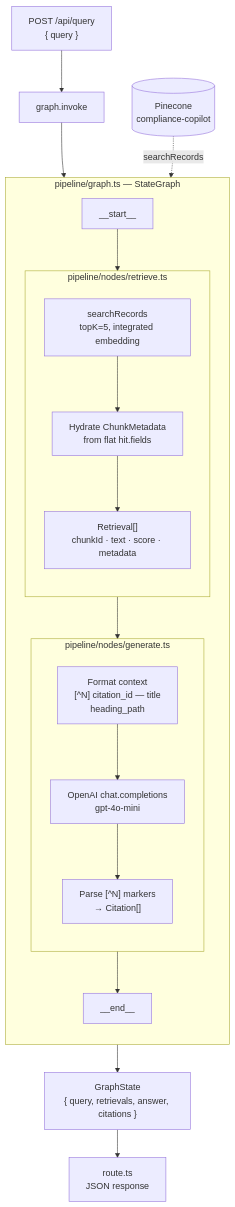
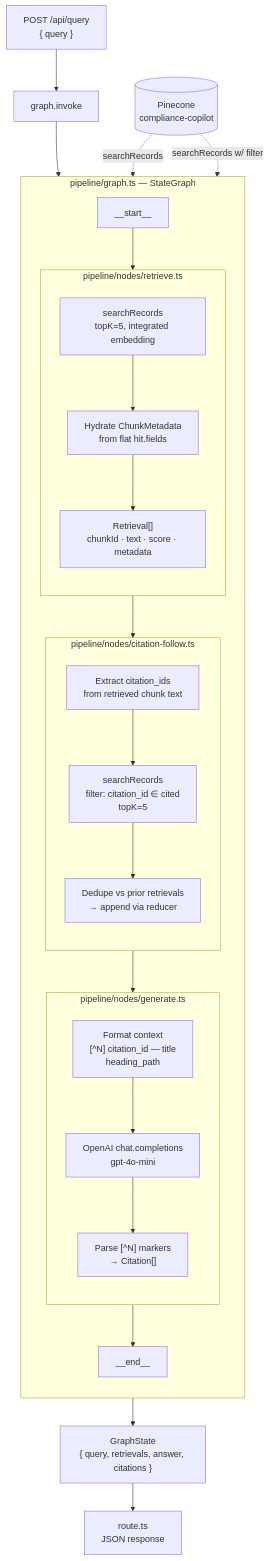
Before and after one commit to tlewismedia/starling-data: the diagram in pipeline/ARCHITECTURE.md, drawn with Mermaid. The commit also changed other lines of this file and 6 other files, not shown here.

Commit message:
add multihop for cited sources, update eval to run full retrieval graph

````diff
--- a/pipeline/ARCHITECTURE.md
+++ b/pipeline/ARCHITECTURE.md
@@ -9,30 +9,38 @@
 ```mermaid
 flowchart TD
     A["POST /api/query<br/>{ query }"] --> B[graph.invoke]
 
     subgraph G[pipeline/graph.ts — StateGraph]
         direction TB
         S[__start__] --> R[retrieve]
-        R --> GN[generate]
+        R --> CF[citation-follow]
+        CF --> GN[generate]
         GN --> E[__end__]
     end
 
     B --> S
 
     subgraph R[pipeline/nodes/retrieve.ts]
         direction TB
         R1[searchRecords<br/>topK=5, integrated embedding] --> R2[Hydrate ChunkMetadata<br/>from flat hit.fields]
         R2 --> R3["Retrieval[]<br/>chunkId · text · score · metadata"]
+    end
+
+    subgraph CF[pipeline/nodes/citation-follow.ts]
+        direction TB
+        CF1[Extract citation_ids<br/>from retrieved chunk text] --> CF2["searchRecords<br/>filter: citation_id ∈ cited<br/>topK=5"]
+        CF2 --> CF3[Dedupe vs prior retrievals<br/>→ append via reducer]
     end
 
     subgraph GN[pipeline/nodes/generate.ts]
         direction TB
         G1["Format context<br/>[^N] citation_id — title<br/>heading_path"] --> G2[OpenAI chat.completions<br/>gpt-4o-mini]
         G2 --> G3["Parse [^N] markers<br/>→ Citation[]"]
     end
 
     E --> O["GraphState<br/>{ query, retrievals, answer, citations }"]
     O --> RT[route.ts<br/>JSON response]
 
     P[(Pinecone<br/>compliance-copilot)] -.->|searchRecords| R1
+    P -.->|searchRecords w/ filter| CF2
 ```
````
